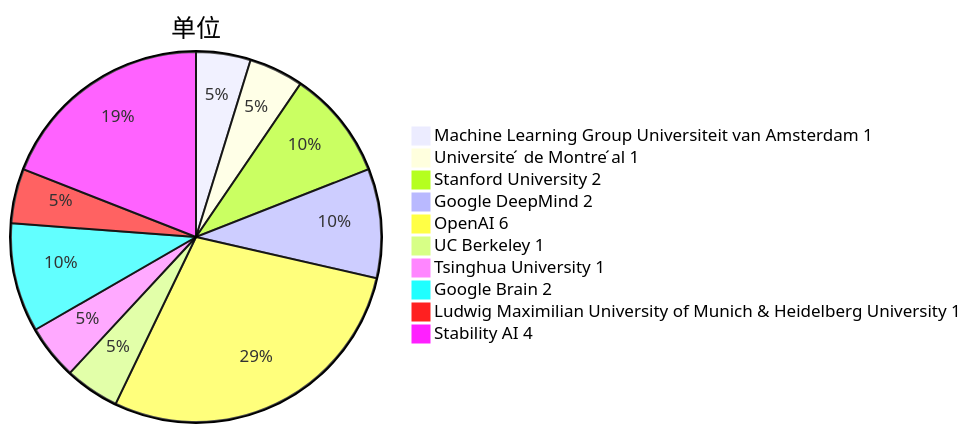
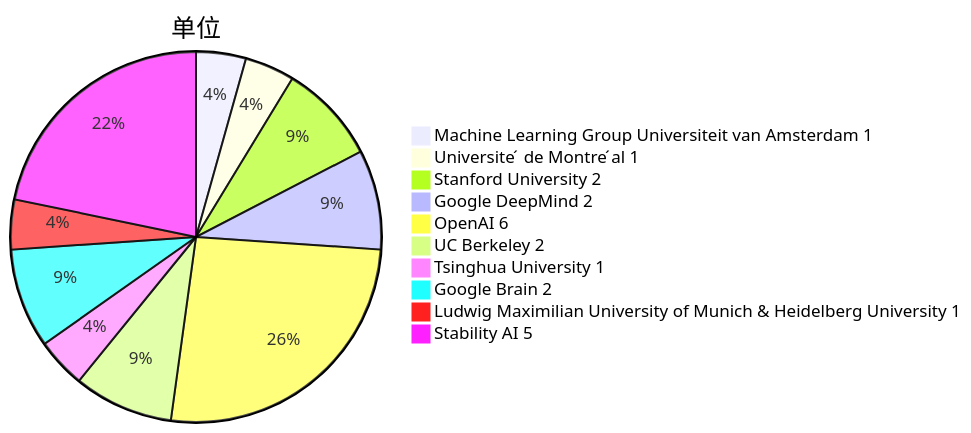
Before and after one commit to Elephant-King9/Paper: the third of 5 diagrams in Base_Model/GAN+VAE+Diffusion/analyse.md, drawn with Mermaid. The commit also changed other lines of this file and 6 other files, not shown here.

Commit message:
update_Scaling Rectified Flow Transformers for High-Resolution Image Synthesis

````diff
--- a/Base_Model/GAN+VAE+Diffusion/analyse.md
+++ b/Base_Model/GAN+VAE+Diffusion/analyse.md
@@ -65,13 +70,13 @@
 ```mermaid
 pie title 单位
     "Machine Learning Group Universiteit van Amsterdam 1" : 1
     "Universite ́ de Montre ́al 1" : 1
     "Stanford University 2" : 2
     "Google DeepMind 2" : 2
     "OpenAI 6" : 6
-    "UC Berkeley 1" : 1
+    "UC Berkeley 2" : 2
     "Tsinghua University 1" : 1
     "Google Brain 2" : 2
     "Ludwig Maximilian University of Munich & Heidelberg University 1" : 1
-    "Stability AI 4" : 4
+    "Stability AI 5" : 5
 ```
````
